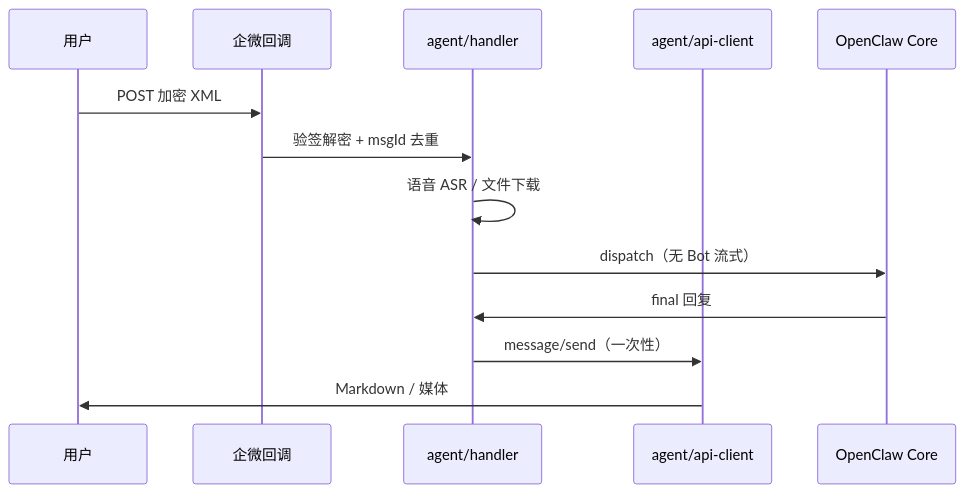
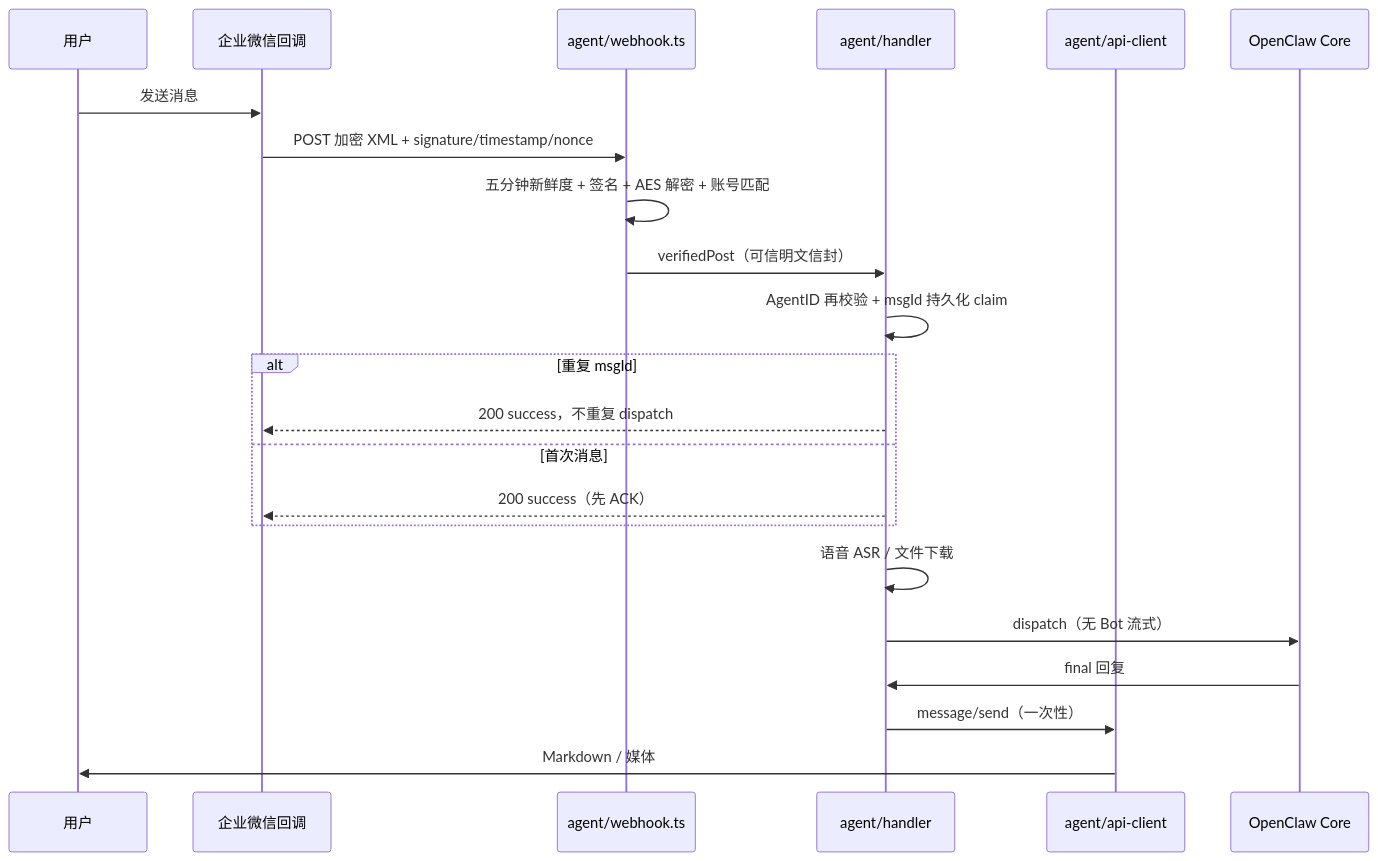
The fourth of 5 diagrams in doc/wecom/OpenClaw-WeCom-Architecture.md (partme-ai/openclaw-plugins), drawn with Mermaid before and after one commit. The commit also changed other lines of this file and 14 other files, not shown here.

````diff
--- a/doc/wecom/OpenClaw-WeCom-Architecture.md
+++ b/doc/wecom/OpenClaw-WeCom-Architecture.md
@@ -301,16 +329,25 @@
 ```mermaid
 sequenceDiagram
   participant U as 用户
-  participant WH as 企微回调
+  participant WX as 企业微信回调
+  participant WH as agent/webhook.ts
   participant AH as agent/handler
   participant API as agent/api-client
   participant C as OpenClaw Core
 
-  U->>WH: POST 加密 XML
-  WH->>AH: 验签解密 + msgId 去重
+  U->>WX: 发送消息
+  WX->>WH: POST 加密 XML + signature/timestamp/nonce
+  WH->>WH: 五分钟新鲜度 + 签名 + AES 解密 + 账号匹配
+  WH->>AH: verifiedPost（可信明文信封）
+  AH->>AH: AgentID 再校验 + msgId 持久化 claim
+  alt 重复 msgId
+    AH-->>WX: 200 success，不重复 dispatch
+  else 首次消息
+    AH-->>WX: 200 success（先 ACK）
+  end
   AH->>AH: 语音 ASR / 文件下载
   AH->>C: dispatch（无 Bot 流式）
   C->>AH: final 回复
   AH->>API: message/send（一次性）
   API->>U: Markdown / 媒体
 ```
````
